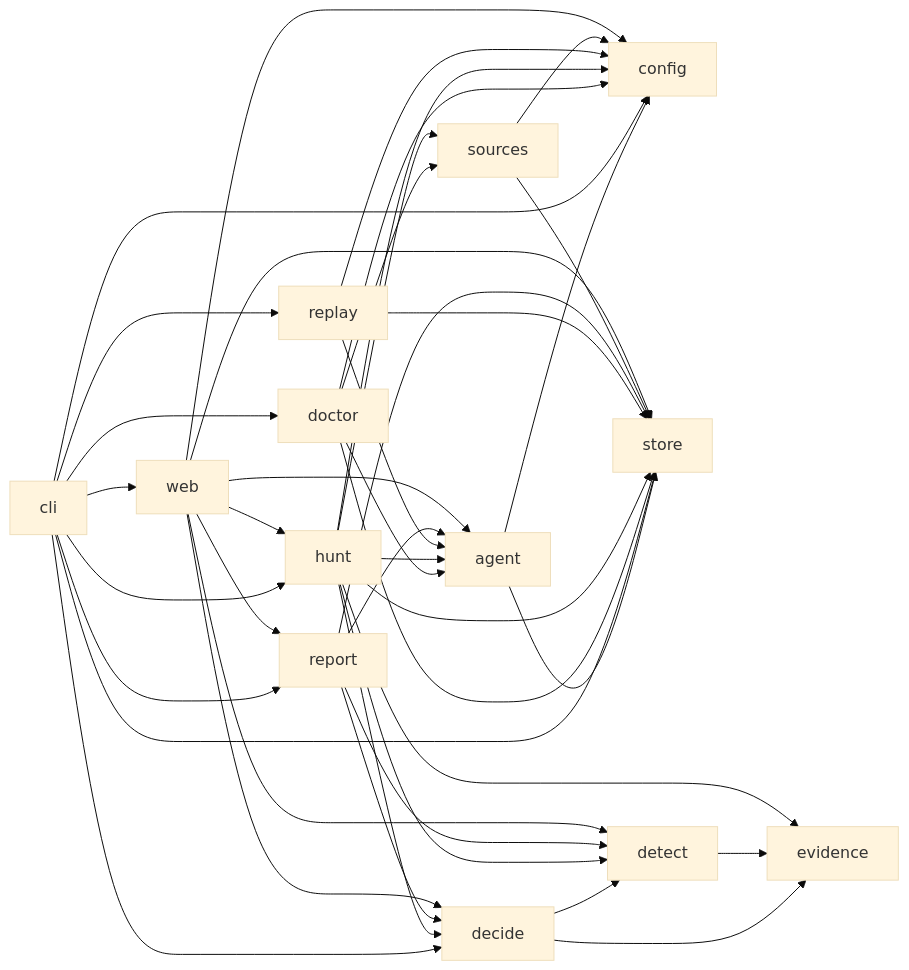
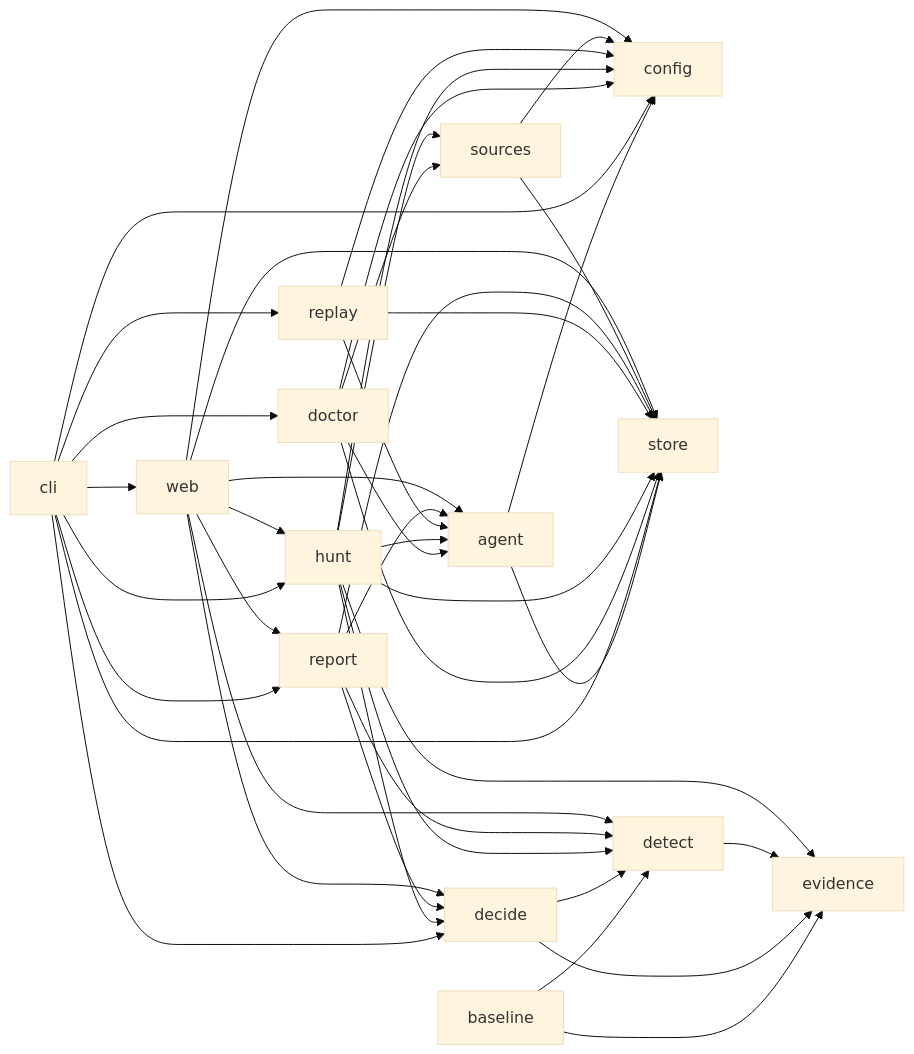
Before and after one commit to nickthabib-cloud/ROMULUS: the diagram in docs/architecture/MODULE_MAP.md, drawn with Mermaid (base theme). The commit also changed other lines of this file and 5 other files, not shown here.

````diff
--- a/docs/architecture/MODULE_MAP.md
+++ b/docs/architecture/MODULE_MAP.md
@@ -103,43 +105,45 @@
 ```mermaid
 graph LR
   agent --> config
   agent --> store
+  baseline --> detect
+  baseline --> evidence
   cli --> config
   cli --> decide
   cli --> doctor
   cli --> hunt
   cli --> replay
   cli --> report
   cli --> store
   cli --> web
   decide --> detect
   decide --> evidence
   detect --> evidence
   doctor --> agent
   doctor --> config
   doctor --> sources
   doctor --> store
   hunt --> agent
   hunt --> config
   hunt --> decide
   hunt --> detect
   hunt --> evidence
   hunt --> sources
   hunt --> store
   replay --> agent
   replay --> config
   replay --> store
   report --> agent
   report --> decide
   report --> detect
   report --> store
   sources --> config
   sources --> store
   web --> agent
   web --> config
   web --> decide
   web --> detect
   web --> hunt
   web --> report
   web --> store
 ```
````
